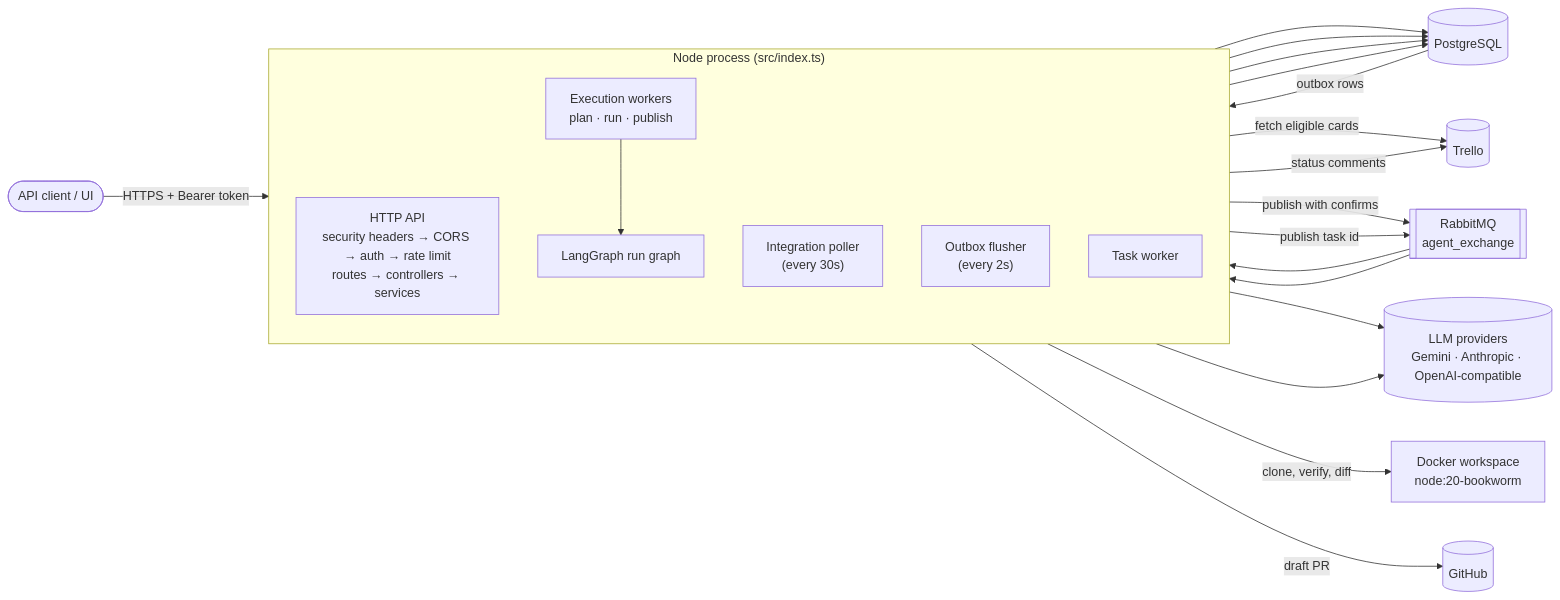
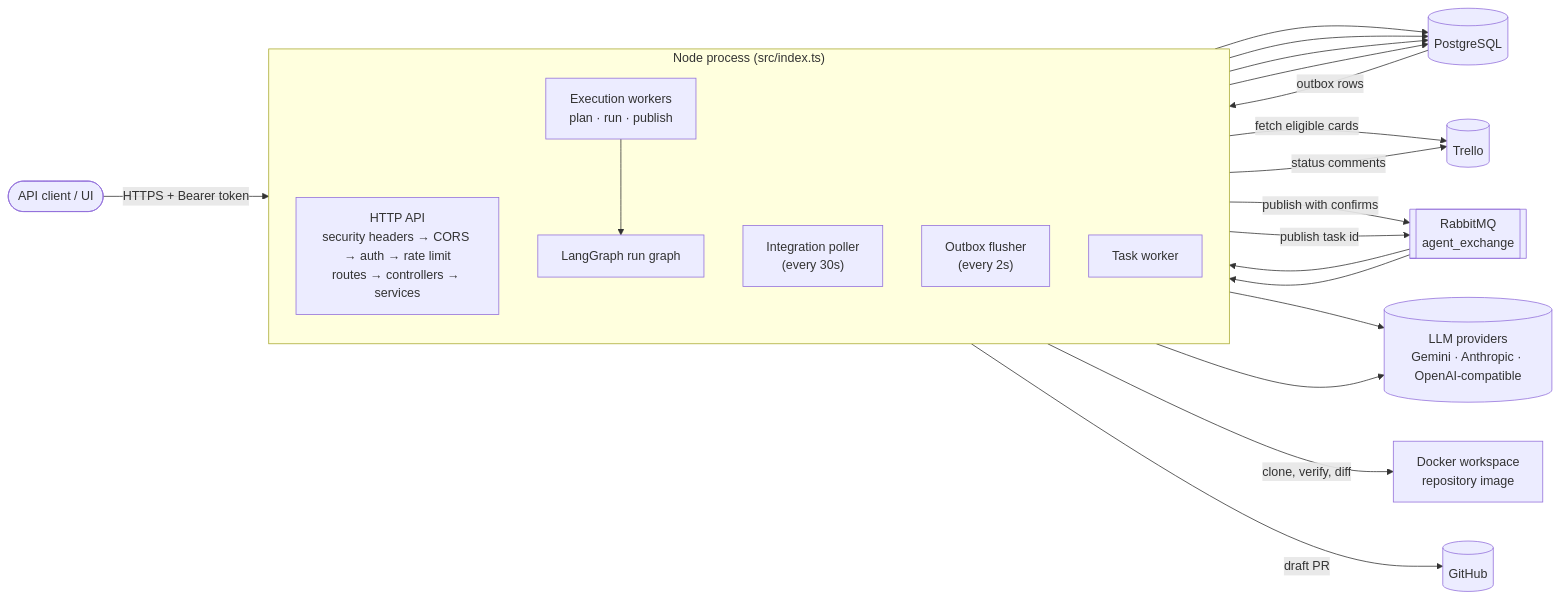
Before and after one commit to zack10/agent-orchestration-app-backend: the first of 7 diagrams in README.md, drawn with Mermaid. The commit also changed other lines of this file and 23 other files, not shown here.

````diff
--- a/README.md
+++ b/README.md
@@ -61,39 +62,39 @@
 ```mermaid
 flowchart LR
     client(["API client / UI"])
     trello[("Trello")]
     github[("GitHub")]
     llm[("LLM providers<br/>Gemini · Anthropic · OpenAI-compatible")]
 
     subgraph app["Node process (src/index.ts)"]
         direction TB
         api["HTTP API<br/>security headers → CORS → auth → rate limit<br/>routes → controllers → services"]
         poller["Integration poller<br/>(every 30s)"]
         outbox["Outbox flusher<br/>(every 2s)"]
         workers["Execution workers<br/>plan · run · publish"]
         taskworker["Task worker"]
         rungraph["LangGraph run graph"]
     end
 
     pg[("PostgreSQL")]
     mq[["RabbitMQ<br/>agent_exchange"]]
-    docker["Docker workspace<br/>node:20-bookworm"]
+    docker["Docker workspace<br/>repository image"]
 
     client -->|HTTPS + Bearer token| api
     api --> pg
     poller -->|fetch eligible cards| trello
     poller --> pg
     pg -->|outbox rows| outbox
     outbox -->|publish with confirms| mq
     mq --> workers
     mq --> taskworker
     api -->|publish task id| mq
     workers --> rungraph
     rungraph --> llm
     rungraph -->|clone, verify, diff| docker
     workers -->|draft PR| github
     workers -->|status comments| trello
     taskworker --> llm
     workers --> pg
     taskworker --> pg
 ```
````
